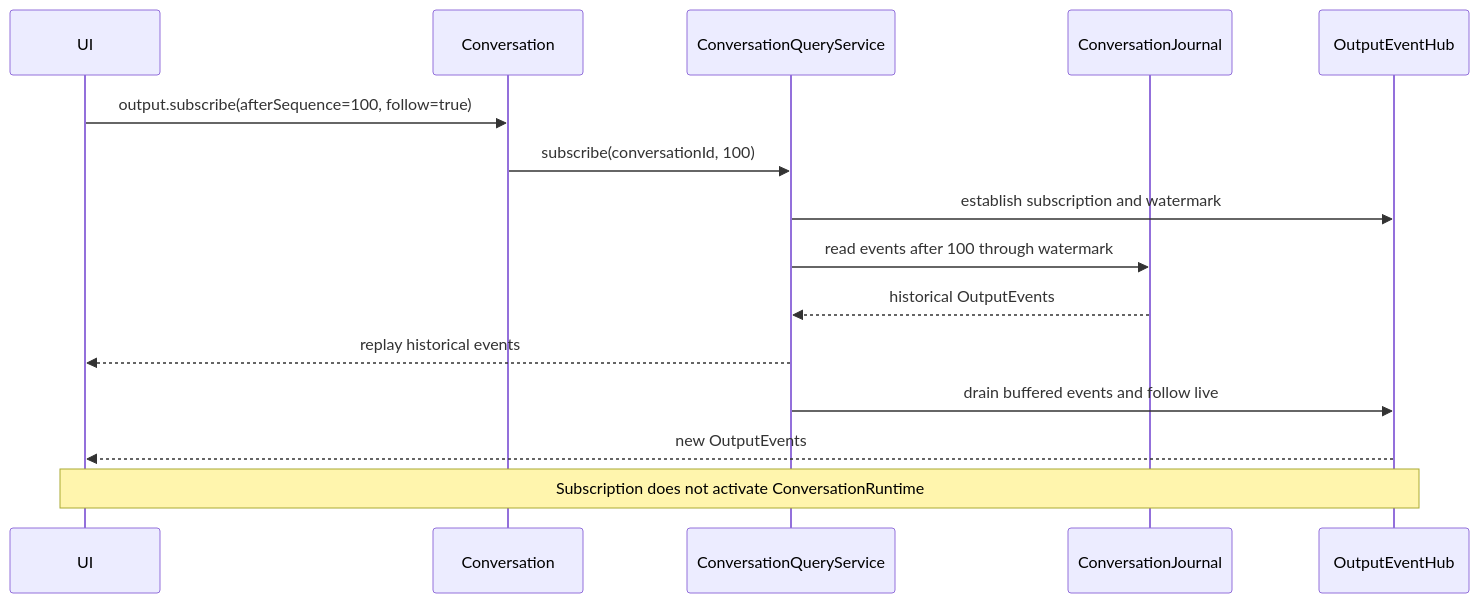
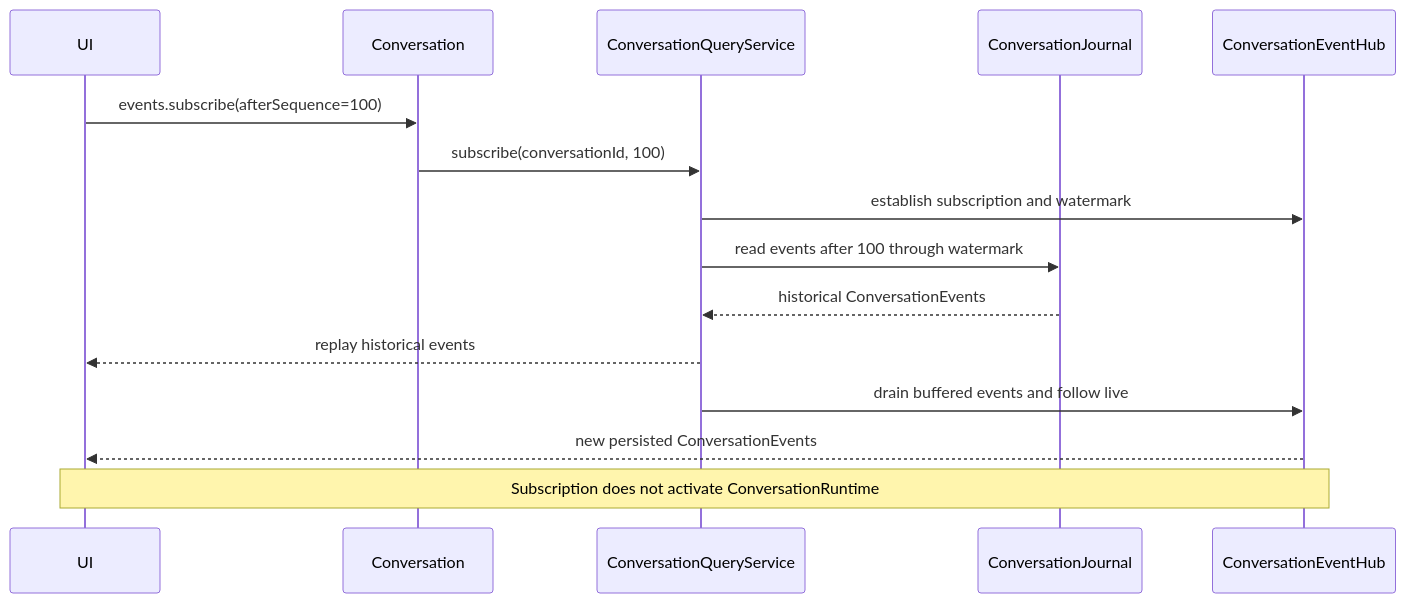
Diagram 12 of 26 in docs/architecture.md (fanghuarunbalala/nova-writing), drawn with Mermaid before and after one commit. The commit also changed other lines of this file and 22 other files, not shown here.

````diff
--- a/docs/architecture.md
+++ b/docs/architecture.md
@@ -655,19 +712,19 @@
 ```mermaid
 sequenceDiagram
     participant UI
     participant Conversation
     participant Query as ConversationQueryService
     participant Journal as ConversationJournal
-    participant Hub as OutputEventHub
+    participant Hub as ConversationEventHub
 
-    UI->>Conversation: output.subscribe(afterSequence=100, follow=true)
+    UI->>Conversation: events.subscribe(afterSequence=100)
     Conversation->>Query: subscribe(conversationId, 100)
     Query->>Hub: establish subscription and watermark
     Query->>Journal: read events after 100 through watermark
-    Journal-->>Query: historical OutputEvents
+    Journal-->>Query: historical ConversationEvents
     Query-->>UI: replay historical events
     Query->>Hub: drain buffered events and follow live
-    Hub-->>UI: new OutputEvents
+    Hub-->>UI: new persisted ConversationEvents
 
     Note over UI,Hub: Subscription does not activate ConversationRuntime
 ```
````
